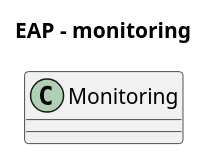
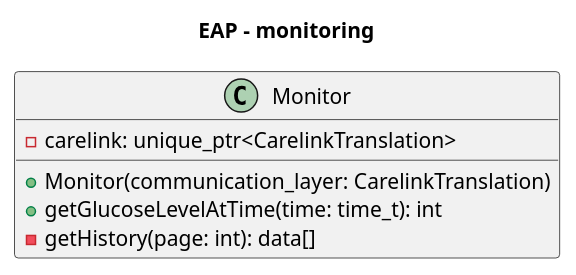
One commit to Nightscou2018/EAP changed the diagram in doc/monitoring.puml. Above: the diagram before and after it, drawn with PlantUML. The commit also changed 5 other files, not shown here.

```diff
--- a/doc/monitoring.puml
+++ b/doc/monitoring.puml
@@ -1,9 +1,12 @@
 @startuml
 
 title EAP - monitoring
 
-class Monitoring {
-
+class Monitor {
+  + Monitor(communication_layer: CarelinkTranslation)
+  - carelink: unique_ptr<CarelinkTranslation>
+  + getGlucoseLevelAtTime(time: time_t): int
+  - getHistory(page: int): data[]
 }
 
 @enduml
```
